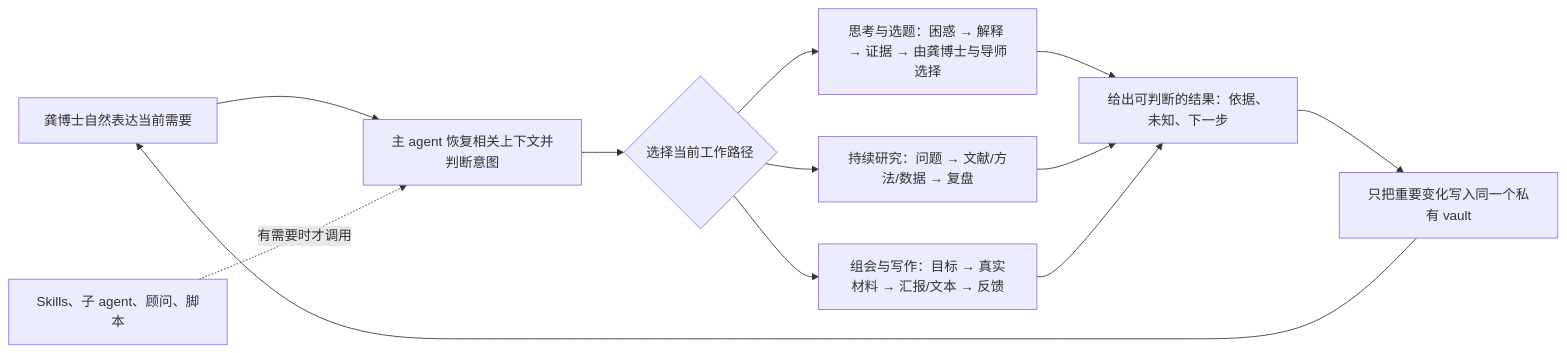
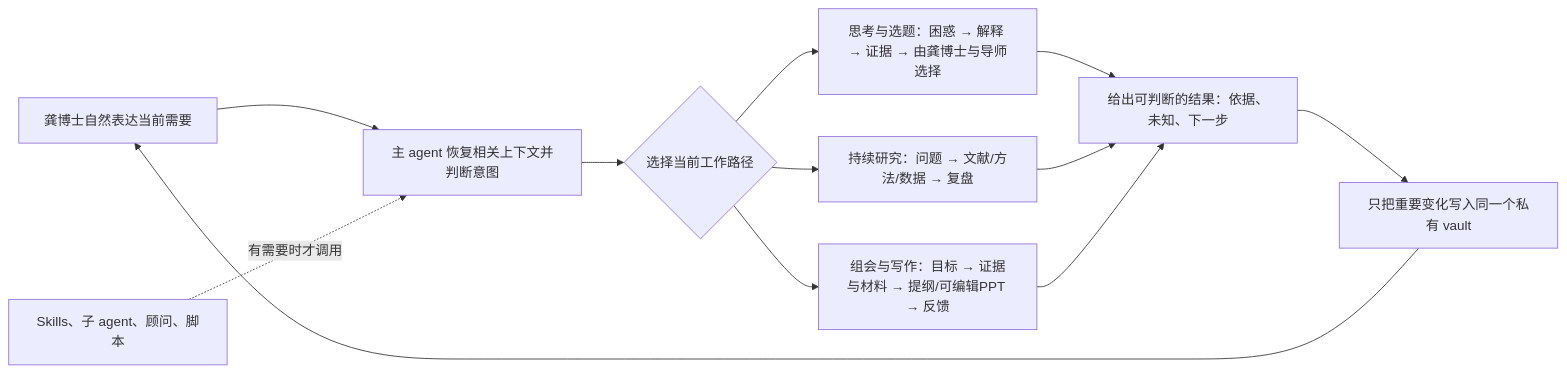
The diagram in 08_完整体系架构.md (youir/danta-research-workbench), drawn with Mermaid before and after one commit. The commit also changed other lines of this file and 218 other files, not shown here.

````diff
--- a/08_完整体系架构.md
+++ b/08_完整体系架构.md
@@ -11,14 +11,14 @@
 ```mermaid
 flowchart LR
     U[龚博士自然表达当前需要] --> R[主 agent 恢复相关上下文并判断意图]
     R --> W{选择当前工作路径}
     W --> I[思考与选题：困惑 → 解释 → 证据 → 由龚博士与导师选择]
     W --> D[持续研究：问题 → 文献/方法/数据 → 复盘]
-    W --> M[组会与写作：目标 → 真实材料 → 汇报/文本 → 反馈]
+    W --> M[组会与写作：目标 → 证据与材料 → 提纲/可编辑PPT → 反馈]
     I --> O[给出可判断的结果：依据、未知、下一步]
     D --> O
     M --> O
     O --> P[只把重要变化写入同一个私有 vault]
     P --> U
     S[Skills、子 agent、顾问、脚本] -. 有需要时才调用 .-> R
 ```
````
